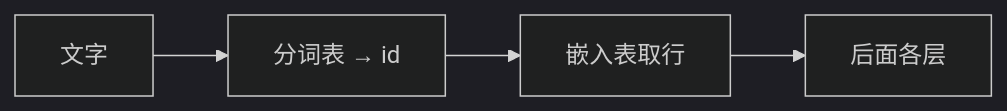
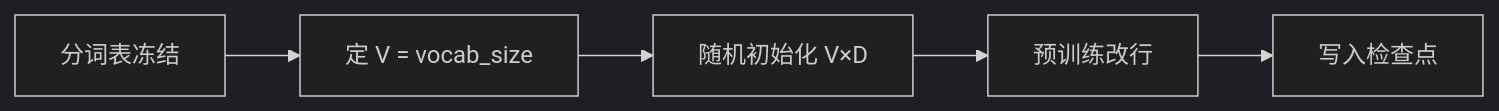
The diagram in web/src/content/beginner/cn/embedding.md (chaxus/arche), drawn with Mermaid (dark theme) before and after one commit. The commit also changed other lines of this file and 9 other files, not shown here.

````diff
--- a/web/src/content/beginner/cn/embedding.md
+++ b/web/src/content/beginner/cn/embedding.md
@@ -15,6 +17,7 @@
 ```mermaid
 flowchart LR
-  text[文字] --> tok[分词表 → id]
-  tok --> emb[嵌入表取行]
-  emb --> rest[后面各层]
+  tok[分词表冻结] --> shape["定 V = vocab_size"]
+  shape --> init[随机初始化 V×D]
+  init --> pretrain[预训练改行]
+  pretrain --> ckpt[写入检查点]
 ```
````
